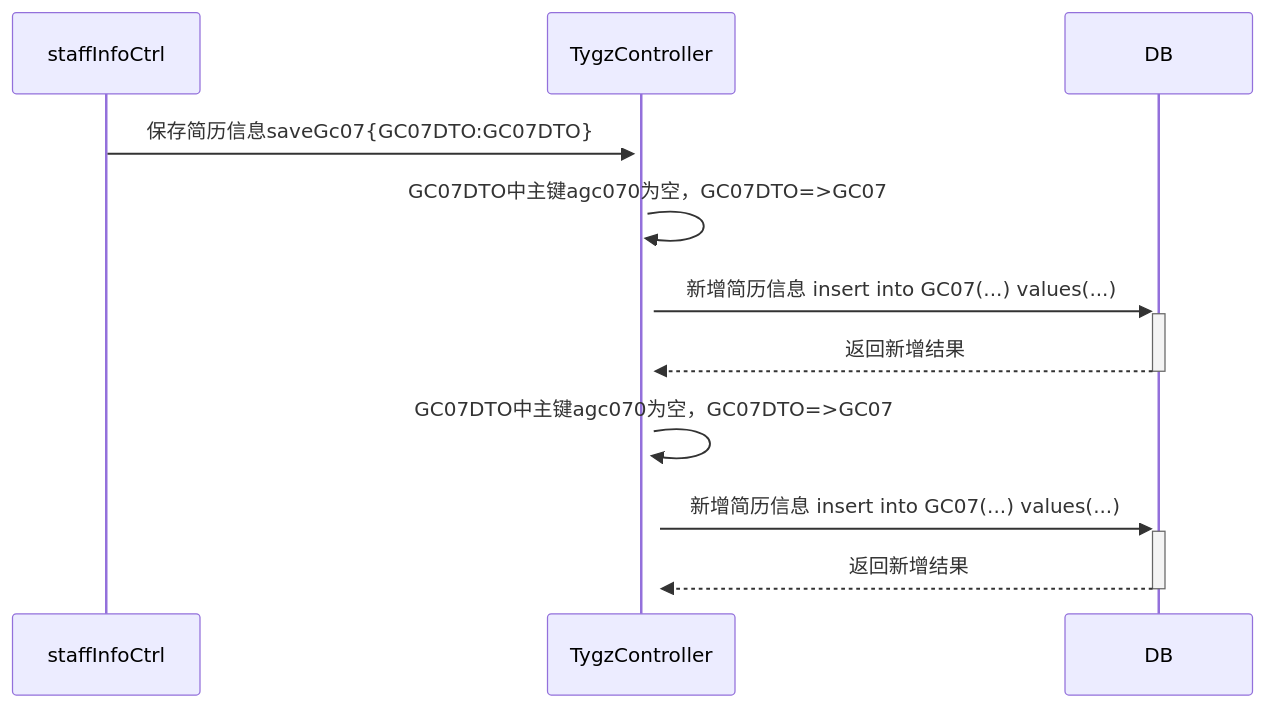
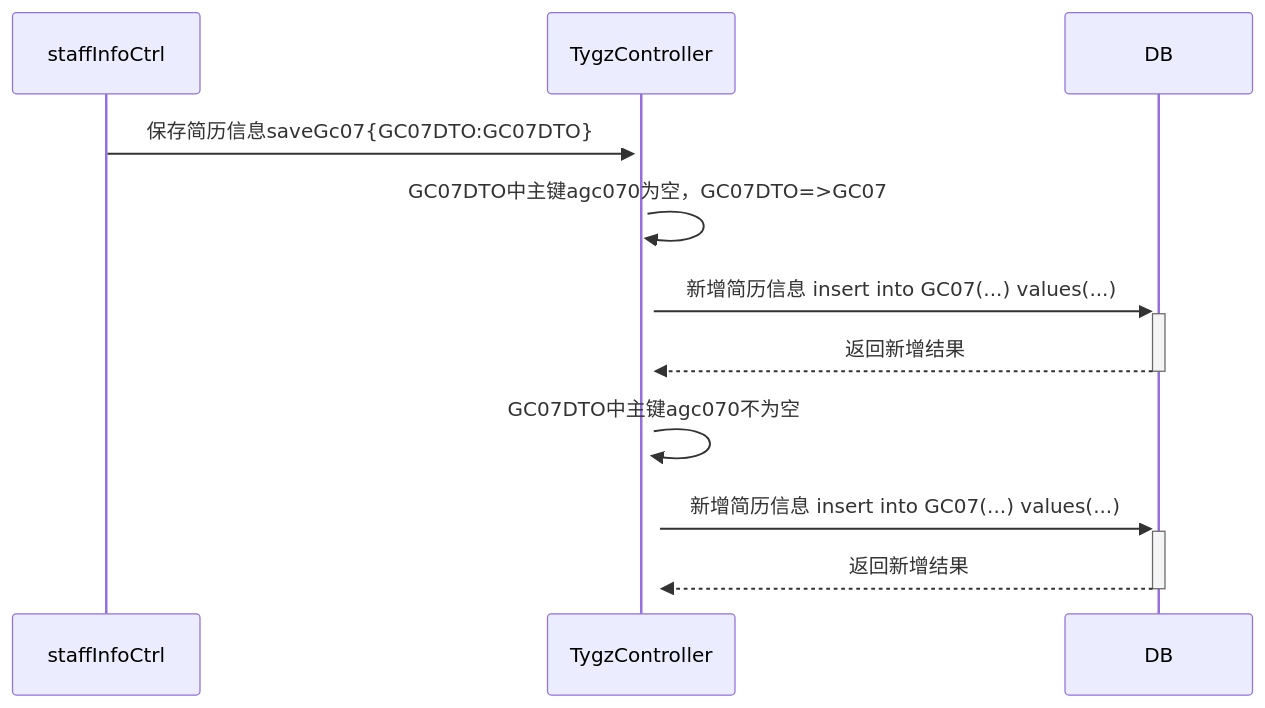
Before and after one commit to ZhangJianBeiJing/iodraw-files: the diagram in all/未命名.md, drawn with Mermaid.

Commit message:
2025-03-25 17:09:51 update

````diff
--- a/all/未命名.md
+++ b/all/未命名.md
@@ -1,13 +1,13 @@
 ```mermaid
 sequenceDiagram
     staffInfoCtrl->>+TygzController:保存简历信息saveGc07{GC07DTO:GC07DTO}
     TygzController->>+TygzController:GC07DTO中主键agc070为空，GC07DTO=>GC07
     TygzController->>+DB:新增简历信息 insert into GC07(...) values(...)
     DB-->>-TygzController:返回新增结果
-    TygzController->>+TygzController:GC07DTO中主键agc070为空，GC07DTO=>GC07
+    TygzController->>+TygzController:GC07DTO中主键agc070不为空
     TygzController->>+DB:新增简历信息 insert into GC07(...) values(...)
     DB-->>-TygzController:返回新增结果
 
 
             
 ```
````
